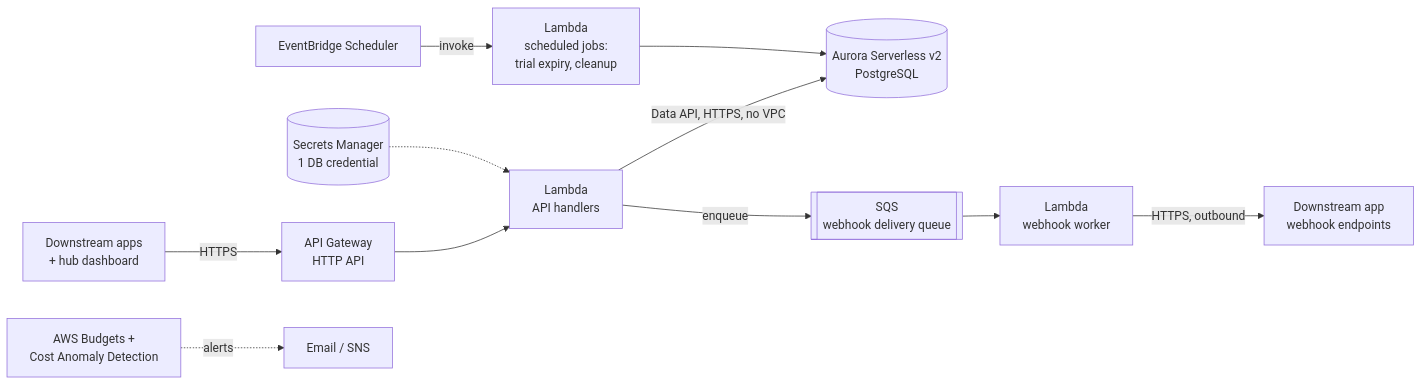
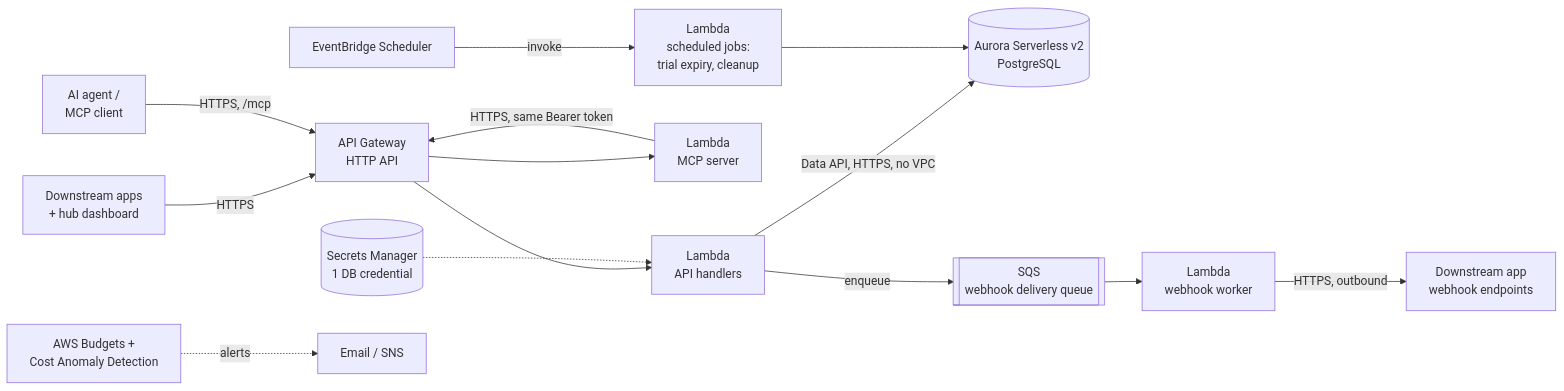
Before and after one commit to Adron/substratalapps.com: the diagram in docs/deployment-architecture.md, drawn with Mermaid. The commit also changed other lines of this file and 15 other files, not shown here.

First line of the commit message:
Add MCP Server page; add Pricing (Starter/Team/Enterprise subscription tiers)

````diff
--- a/docs/deployment-architecture.md
+++ b/docs/deployment-architecture.md
@@ -32,13 +32,16 @@
 ```mermaid
 flowchart LR
     Client[Downstream apps<br/>+ hub dashboard] -->|HTTPS| APIGW[API Gateway<br/>HTTP API]
+    Agent[AI agent /<br/>MCP client] -->|HTTPS, /mcp| APIGW
     APIGW --> Lambda[Lambda<br/>API handlers]
+    APIGW --> MCP[Lambda<br/>MCP server]
+    MCP -->|HTTPS, same Bearer token| APIGW
     Lambda -->|Data API, HTTPS, no VPC| Aurora[(Aurora Serverless v2<br/>PostgreSQL)]
     Lambda -->|enqueue| SQS[[SQS<br/>webhook delivery queue]]
     SQS --> Worker[Lambda<br/>webhook worker]
     Worker -->|HTTPS, outbound| Downstream[Downstream app<br/>webhook endpoints]
     EventBridge[EventBridge Scheduler] -->|invoke| Jobs[Lambda<br/>scheduled jobs:<br/>trial expiry, cleanup]
     Jobs --> Aurora
     Secrets[(Secrets Manager<br/>1 DB credential)] -.-> Lambda
     Budgets[AWS Budgets +<br/>Cost Anomaly Detection] -.->|alerts| Email[Email / SNS]
 ```
````
